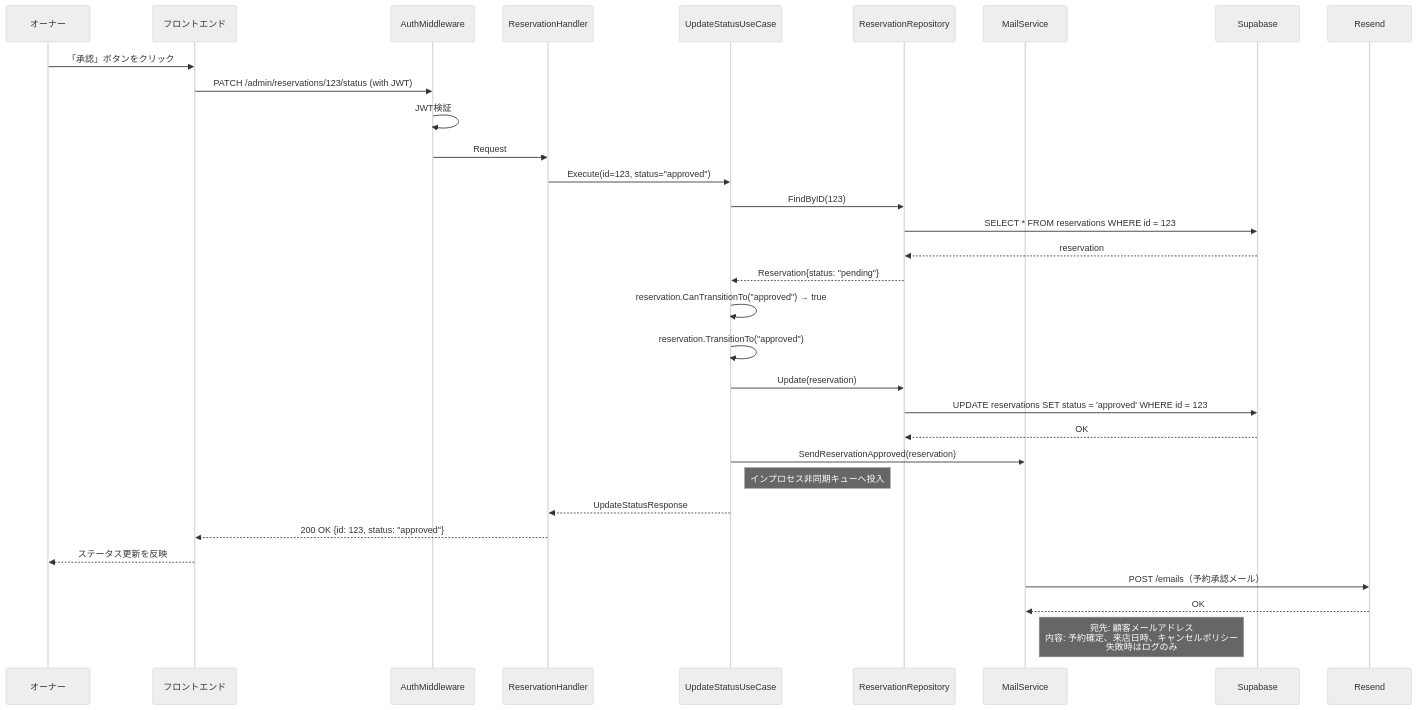
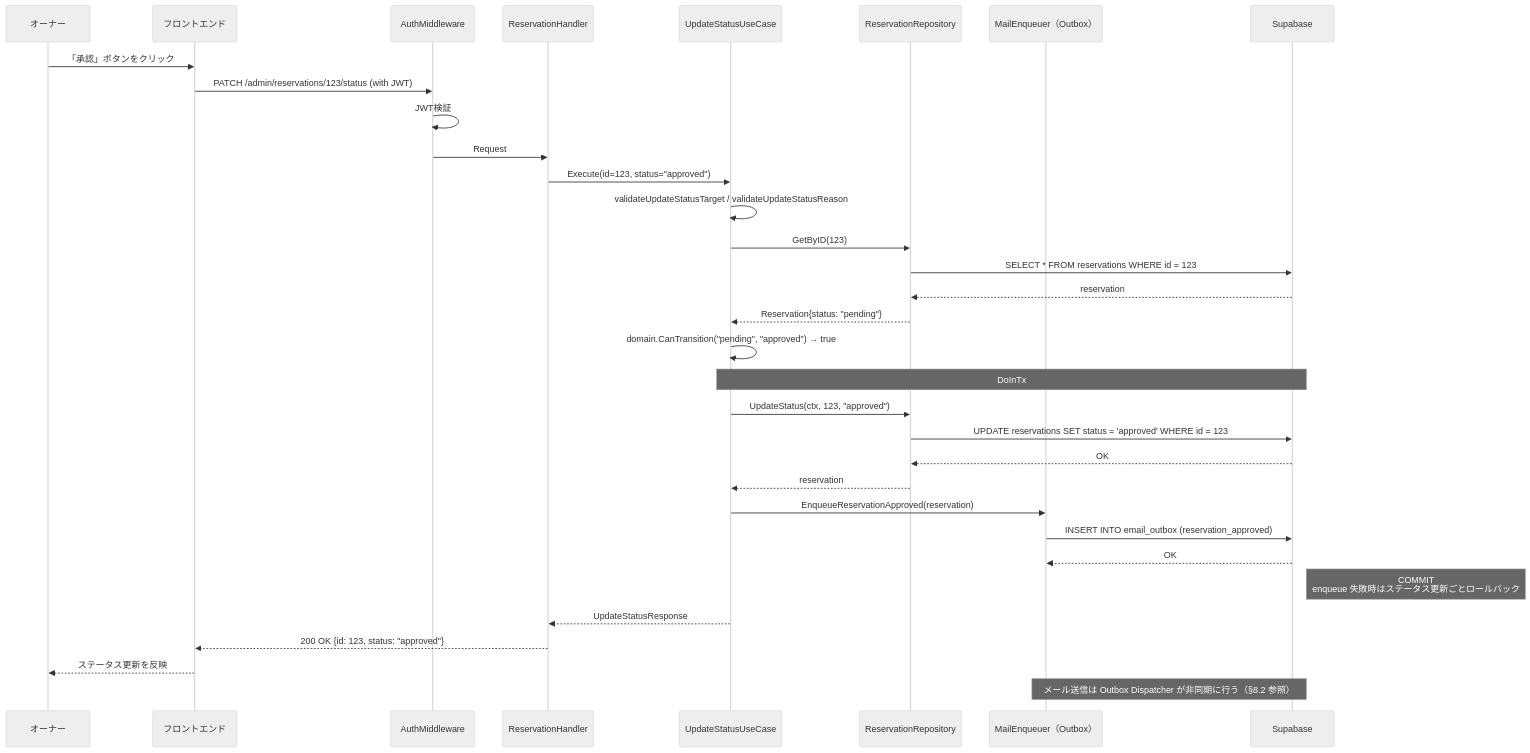
The eighth of 15 diagrams in docs/sequence.md (cergijame101007/satehits), drawn with Mermaid (neutral theme) before and after one commit. The commit also changed other lines of this file and 5 other files, not shown here.

````diff
--- a/docs/sequence.md
+++ b/docs/sequence.md
@@ -295,42 +344,45 @@
 ```mermaid
 sequenceDiagram
     participant Owner as オーナー
     participant Frontend as フロントエンド
     participant Middleware as AuthMiddleware
     participant Handler as ReservationHandler
     participant UseCase as UpdateStatusUseCase
     participant ReservationRepo as ReservationRepository
-    participant MailService as MailService
+    participant Outbox as MailEnqueuer（Outbox）
     participant DB as Supabase
-    participant Resend as Resend
 
     Owner->>Frontend: 「承認」ボタンをクリック
     Frontend->>Middleware: PATCH /admin/reservations/123/status (with JWT)
     
     Middleware->>Middleware: JWT検証
     Middleware->>Handler: Request
     
     Handler->>UseCase: Execute(id=123, status="approved")
     
-    UseCase->>ReservationRepo: FindByID(123)
+    UseCase->>UseCase: validateUpdateStatusTarget / validateUpdateStatusReason
+    
+    UseCase->>ReservationRepo: GetByID(123)
     ReservationRepo->>DB: SELECT * FROM reservations WHERE id = 123
     DB-->>ReservationRepo: reservation
     ReservationRepo-->>UseCase: Reservation{status: "pending"}
     
-    UseCase->>UseCase: reservation.CanTransitionTo("approved") → true
-    UseCase->>UseCase: reservation.TransitionTo("approved")
+    UseCase->>UseCase: domain.CanTransition("pending", "approved") → true
     
-    UseCase->>ReservationRepo: Update(reservation)
+    Note over UseCase,DB: DoInTx
+    UseCase->>ReservationRepo: UpdateStatus(ctx, 123, "approved")
     ReservationRepo->>DB: UPDATE reservations SET status = 'approved' WHERE id = 123
     DB-->>ReservationRepo: OK
+    ReservationRepo-->>UseCase: reservation
     
-    UseCase->>MailService: SendReservationApproved(reservation)
-    Note right of UseCase: インプロセス非同期キューへ投入
+    UseCase->>Outbox: EnqueueReservationApproved(reservation)
+    Outbox->>DB: INSERT INTO email_outbox (reservation_approved)
+    DB-->>Outbox: OK
+    Note right of DB: COMMIT<br>enqueue 失敗時はステータス更新ごとロールバック
+    
     UseCase-->>Handler: UpdateStatusResponse
     Handler-->>Frontend: 200 OK {id: 123, status: "approved"}
     Frontend-->>Owner: ステータス更新を反映
 
-    MailService->>Resend: POST /emails（予約承認メール）
-    Resend-->>MailService: OK
-    Note right of MailService: 宛先: 顧客メールアドレス<br>内容: 予約確定、来店日時、キャンセルポリシー<br>失敗時はログのみ
+    Note over Outbox,DB: メール送信は Outbox Dispatcher が非同期に行う（§8.2 参照）
 ```
````
